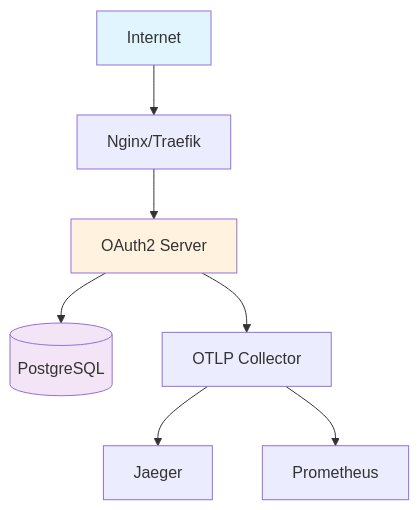
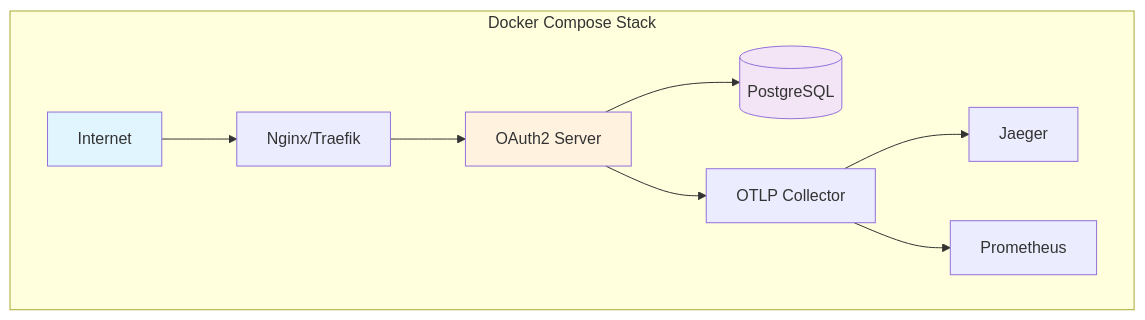
Before and after one commit to ianlintner/rust_oauth2: the ninth of 10 diagrams in docs/architecture/overview.md, drawn with Mermaid. The commit also changed other lines of this file and 9 other files, not shown here.

Commit message:
Fix mermaid diagram labels and improve markdown formatting across documentation

````diff
--- a/docs/architecture/overview.md
+++ b/docs/architecture/overview.md
@@ -686,13 +686,15 @@
 ```mermaid
 graph TB
-    Internet[Internet] --> ReverseProxy[Nginx/Traefik]
-    ReverseProxy --> OAuth2[OAuth2 Server]
-    OAuth2 --> DB[(PostgreSQL)]
-    OAuth2 --> OTLP[OTLP Collector]
-    OTLP --> Jaeger[Jaeger]
-    OTLP --> Prometheus[Prometheus]
+    subgraph DockerComposeStack[Docker Compose Stack]
+        Internet[Internet] --> ReverseProxy[Nginx/Traefik]
+        ReverseProxy --> OAuth2[OAuth2 Server]
+        OAuth2 --> DB[(PostgreSQL)]
+        OAuth2 --> OTLP[OTLP Collector]
+        OTLP --> Jaeger[Jaeger]
+        OTLP --> Prometheus[Prometheus]
+    end
     
     style Internet fill:#e1f5ff
     style OAuth2 fill:#fff3e0
     style DB fill:#f3e5f5
 ```
````
